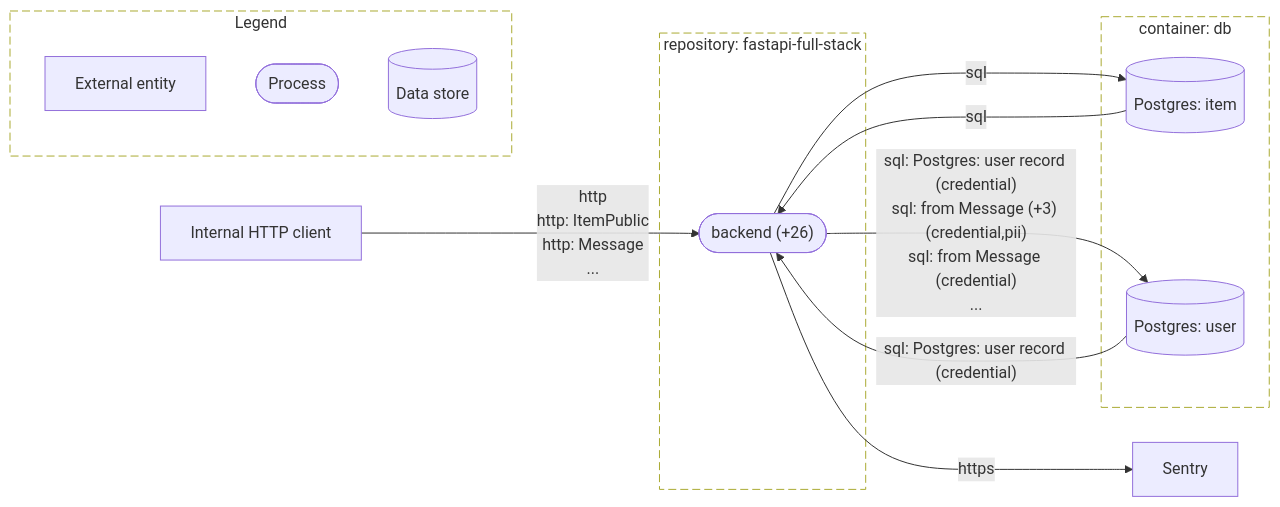
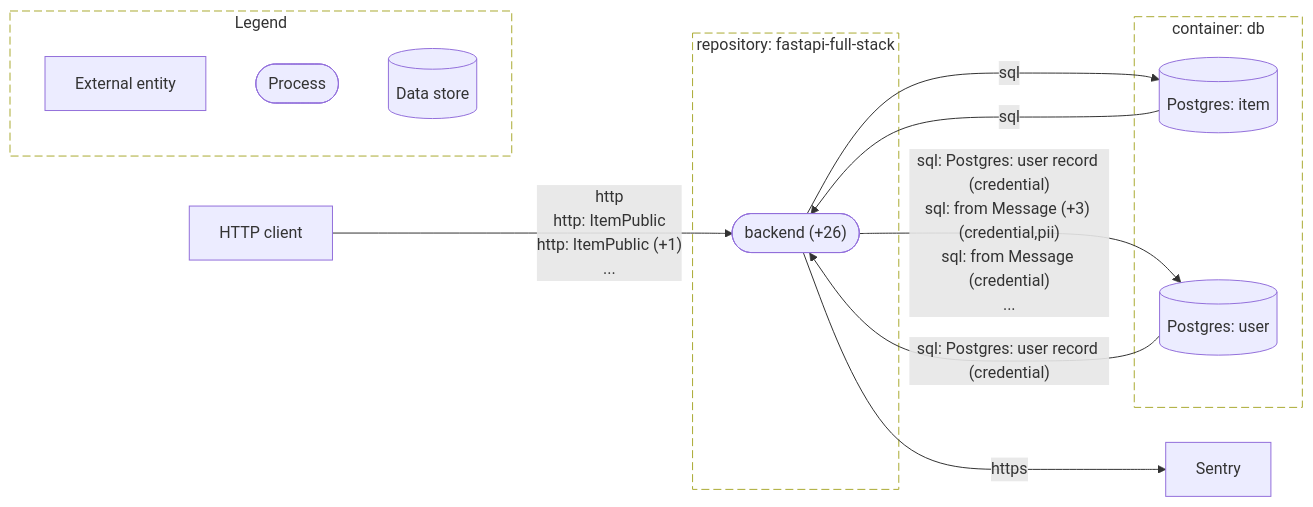
One commit to AskShri/code2designmapping changed the diagram in evaluation/fastapi-full-stack/diagrams/dfd-l1.mmd. Above: the diagram before and after it, drawn with Mermaid. The commit also changed 164 other files, not shown here.

```diff
--- a/evaluation/fastapi-full-stack/diagrams/dfd-l1.mmd
+++ b/evaluation/fastapi-full-stack/diagrams/dfd-l1.mmd
@@ -1,25 +1,25 @@
 %% L1 - fastapi-full-stack
 flowchart LR
   subgraph bnd_ufdlxvnxtg["repository: fastapi-full-stack"]
     proc_nmmdbtjh6y(["backend (+26)"])
   end
   subgraph bnd_li56z6okmf["container: db"]
     store_qxjued45lx[("Postgres: item")]
     store_tvae56uepz[("Postgres: user")]
   end
-  ext_3nnzcvcul3["Internal HTTP client"]
   ext_lhns7pymnw["Sentry"]
-  ext_3nnzcvcul3 -->|"http<br/>http: ItemPublic<br/>http: Message<br/>..."| proc_nmmdbtjh6y
+  ext_sga4qktkap["HTTP client"]
+  ext_sga4qktkap -->|"http<br/>http: ItemPublic<br/>http: ItemPublic (+1)<br/>..."| proc_nmmdbtjh6y
   proc_nmmdbtjh6y -->|"https"| ext_lhns7pymnw
   proc_nmmdbtjh6y -->|"sql"| store_qxjued45lx
   proc_nmmdbtjh6y -->|"sql: Postgres: user record (credential)<br/>sql: from Message (+3) (credential,pii)<br/>sql: from Message (credential)<br/>..."| store_tvae56uepz
   store_qxjued45lx -->|"sql"| proc_nmmdbtjh6y
   store_tvae56uepz -->|"sql: Postgres: user record (credential)"| proc_nmmdbtjh6y
   style bnd_ufdlxvnxtg stroke-dasharray: 8 4,fill:none
   style bnd_li56z6okmf stroke-dasharray: 8 4,fill:none
   subgraph legend["Legend"]
     lg_e["External entity"]
     lg_p(["Process"])
     lg_s[("Data store")]
   end
   style legend stroke-dasharray: 8 4,fill:none
```
